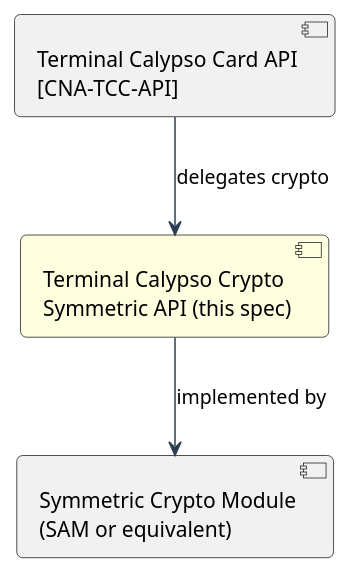
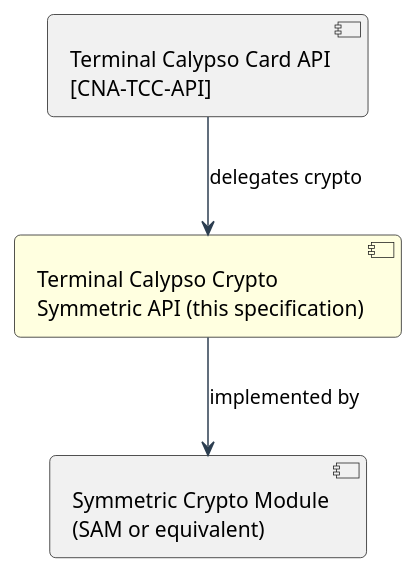
The first of 2 diagrams in api_specification.adoc (calypsonet/calypsonet-terminal-calypso-crypto-symmetric-uml-api), drawn with PlantUML before and after one commit. The commit also changed other lines of this file and 3 other files, not shown here.

```diff
--- a/api_specification.adoc
+++ b/api_specification.adoc
@@ -256,15 +256,15 @@
 [plantuml, target=architecture-overview, format=svg]
 ....
 @startuml
 skinparam shadowing false
 skinparam roundCorner 8
 skinparam ArrowColor #2C3E50
 
 component "Terminal Calypso Card API\n[CNA-TCC-API]" as TCC
-component "Terminal Calypso Crypto\nSymmetric API (this spec)" as TCCS #LightYellow
+component "Terminal Calypso Crypto\nSymmetric API (this specification)" as TCCS #LightYellow
 component "Symmetric Crypto Module\n(SAM or equivalent)" as Mod
 
 TCC --> TCCS : delegates crypto
 TCCS --> Mod : implemented by
 @enduml
 ....
```
